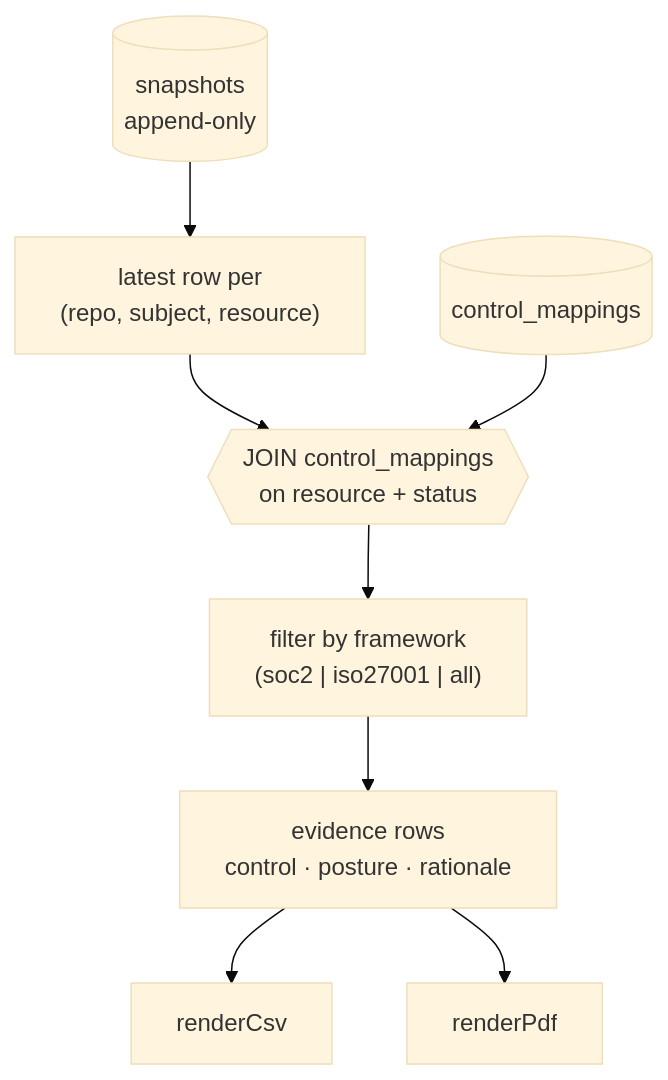
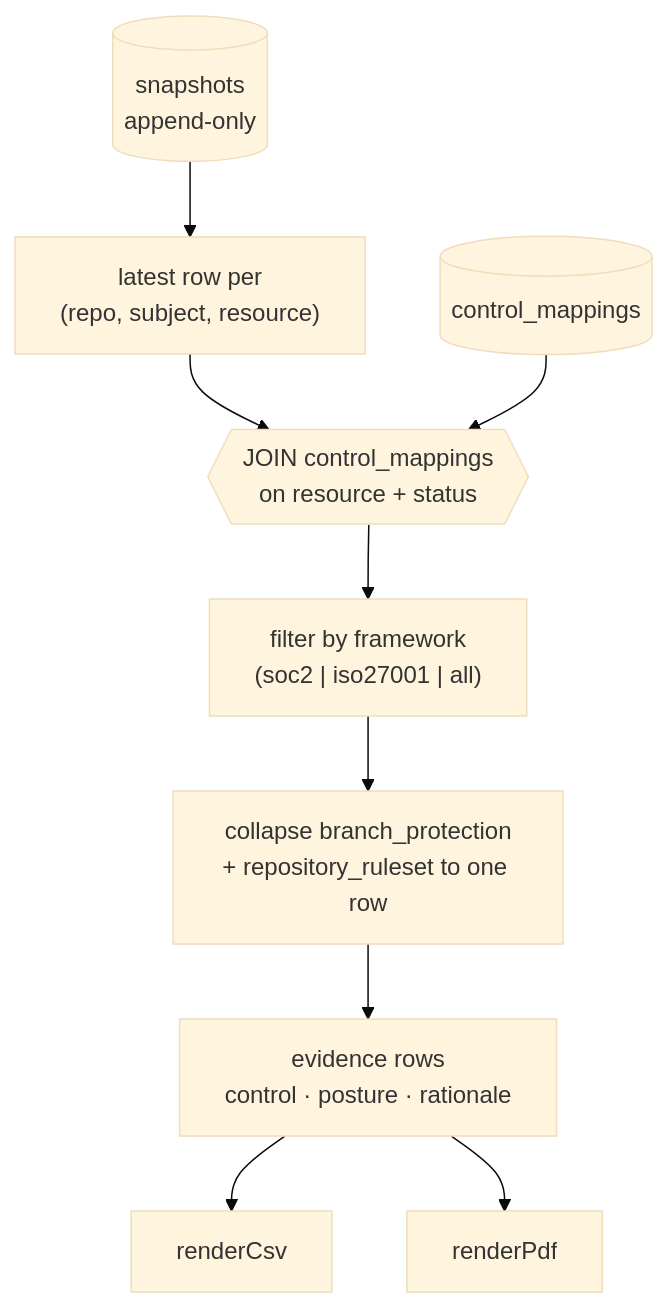
Before and after one commit to audit-labs/gh-attest: the sixth of 6 diagrams in docs/architecture.md, drawn with Mermaid (base theme). The commit also changed other lines of this file and 2 other files, not shown here.

First line of the commit message:
Collapse branch protection and rulesets into one evidence row

````diff
--- a/docs/architecture.md
+++ b/docs/architecture.md
@@ -224,10 +224,11 @@
 ```mermaid
 flowchart TB
   S[("snapshots<br/>append-only")] --> L["latest row per<br/>(repo, subject, resource)"]
   L --> J{{"JOIN control_mappings<br/>on resource + status"}}
   CM[("control_mappings")] --> J
   J --> F["filter by framework<br/>(soc2 | iso27001 | all)"]
-  F --> E["evidence rows<br/>control · posture · rationale"]
+  F --> C["collapse branch_protection<br/>+ repository_ruleset to one row"]
+  C --> E["evidence rows<br/>control · posture · rationale"]
   E --> CSV["renderCsv"]
   E --> PDF["renderPdf"]
 ```
````
